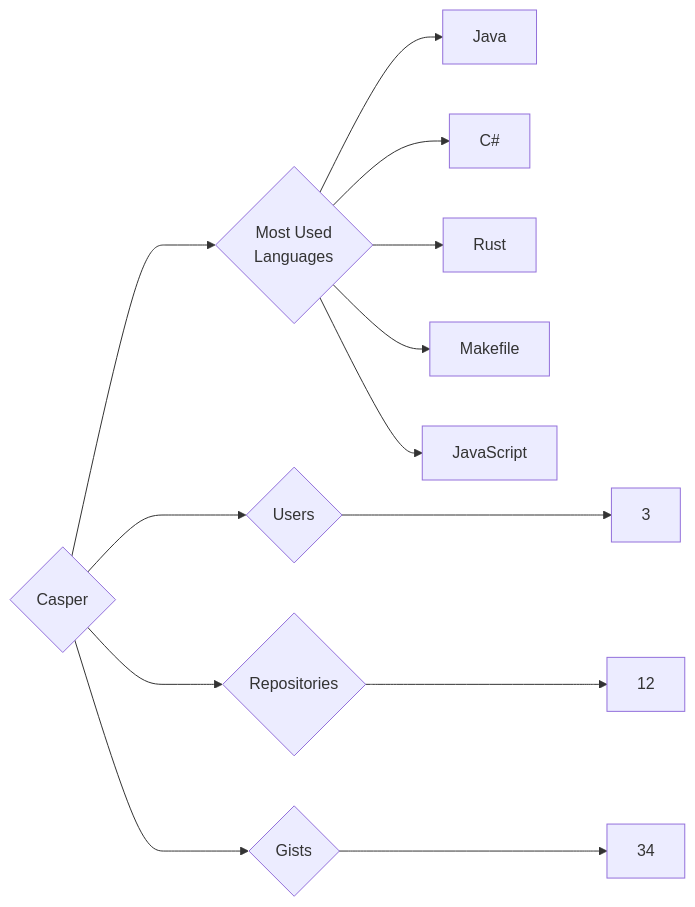
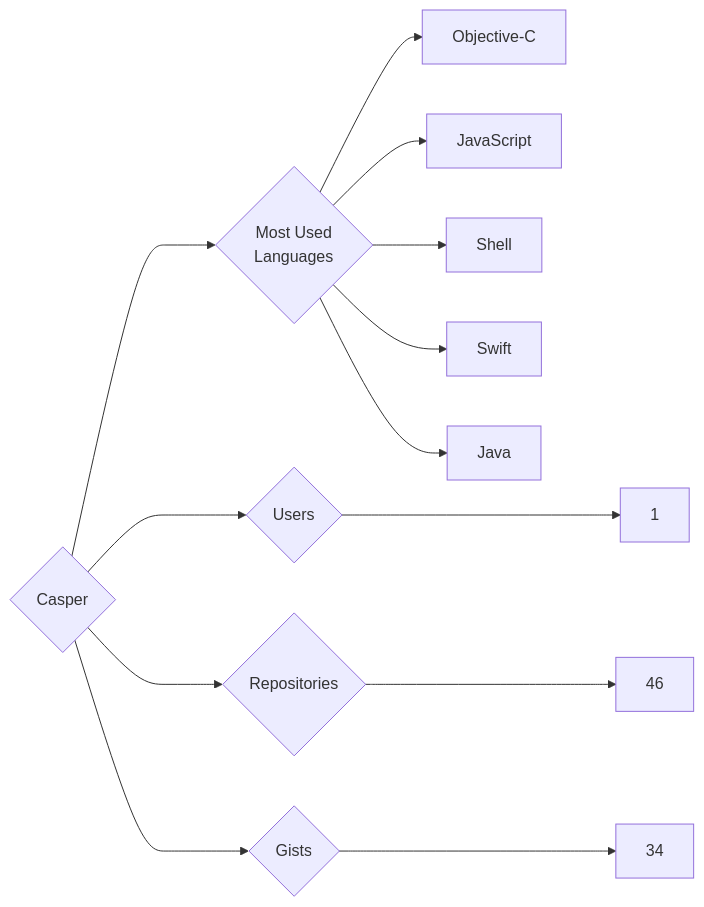
One commit to trickest/insiders changed the diagram in targets/Casper/README.md. Above: the diagram before and after it, drawn with Mermaid. The commit also changed 880 other files, not shown here.

````diff
--- a/targets/Casper/README.md
+++ b/targets/Casper/README.md
@@ -3,13 +3,13 @@
 ```mermaid
 graph LR
 COMPANY_NAME{Casper}
-COMPANY_NAME ---> U{Users} ---> UN[3]
-COMPANY_NAME ---> R{Repositories} ---> RN[12]
+COMPANY_NAME ---> U{Users} ---> UN[1]
+COMPANY_NAME ---> R{Repositories} ---> RN[46]
 COMPANY_NAME ---> G{Gists} ---> GN[34]
 COMPANY_NAME ---> ML{Most Used<br>Languages}
+ML --> Objective-C[Objective-C]
+ML --> JavaScript[JavaScript]
+ML --> Shell[Shell]
+ML --> Swift[Swift]
 ML --> Java[Java]
-ML --> C#[C#]
-ML --> Rust[Rust]
-ML --> Makefile[Makefile]
-ML --> JavaScript[JavaScript]
 ```
````
